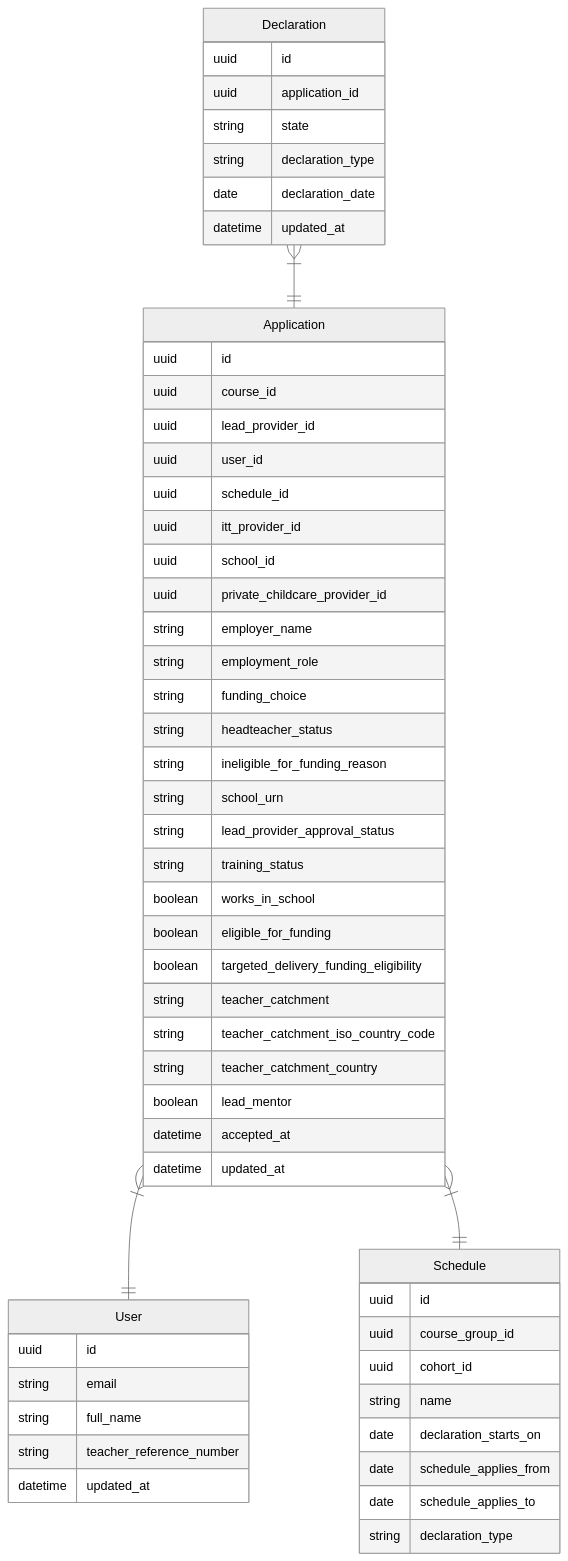
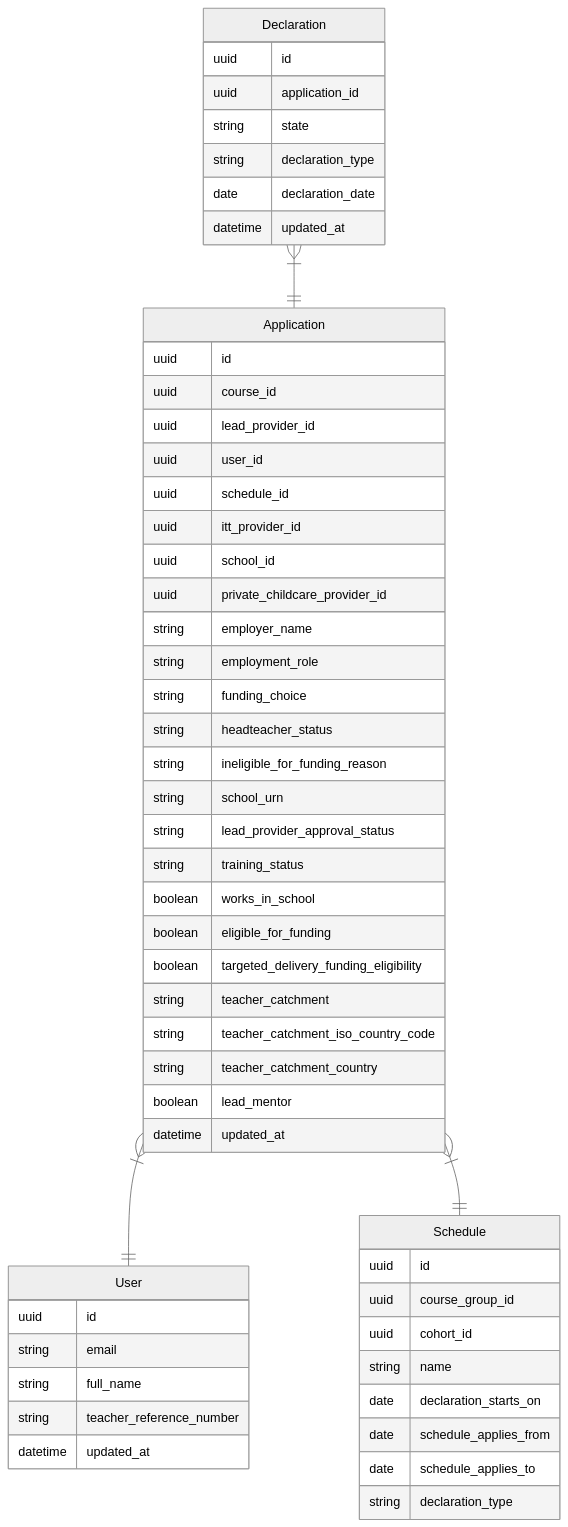
Before and after one commit to DFE-Digital/teacher-training-entitlement: the first of 5 diagrams in docs/data_model.md, drawn with Mermaid (neutral theme). The commit also changed 13 other files, not shown here.

````diff
--- a/docs/data_model.md
+++ b/docs/data_model.md
@@ -88,62 +88,61 @@
 ```mermaid
 erDiagram
     Application }|--|| User : ""
     Application }|--|| Schedule : ""
     Declaration }|--|| Application : ""
 
     User {
         uuid id
         string email
         string full_name
         string teacher_reference_number
         datetime updated_at
     }
 
     Application {
         uuid id
         uuid course_id
         uuid lead_provider_id
         uuid user_id
         uuid schedule_id
         uuid itt_provider_id
         uuid school_id
         uuid private_childcare_provider_id
         string employer_name
         string employment_role
         string funding_choice
         string headteacher_status
         string ineligible_for_funding_reason
         string school_urn
         string lead_provider_approval_status
         string training_status
         boolean works_in_school
         boolean eligible_for_funding
         boolean targeted_delivery_funding_eligibility
         string teacher_catchment
         string teacher_catchment_iso_country_code
         string teacher_catchment_country
         boolean lead_mentor
-        datetime accepted_at
         datetime updated_at
     }
 
     Declaration {
         uuid id
         uuid application_id
         string state
         string declaration_type
         date declaration_date
         datetime updated_at
     }
 
     Schedule {
         uuid id
         uuid course_group_id
         uuid cohort_id
         string name
         date declaration_starts_on
         date schedule_applies_from
         date schedule_applies_to
         string declaration_type
     }
 ```
````
